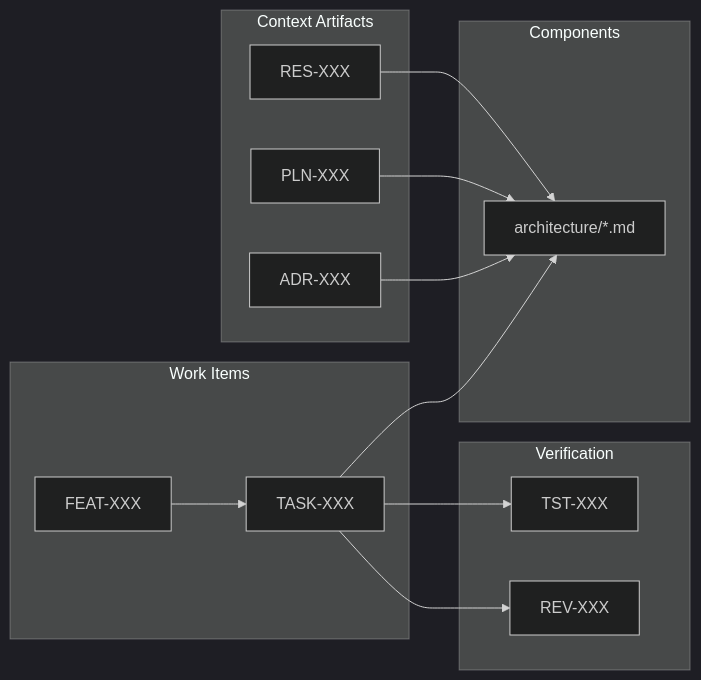
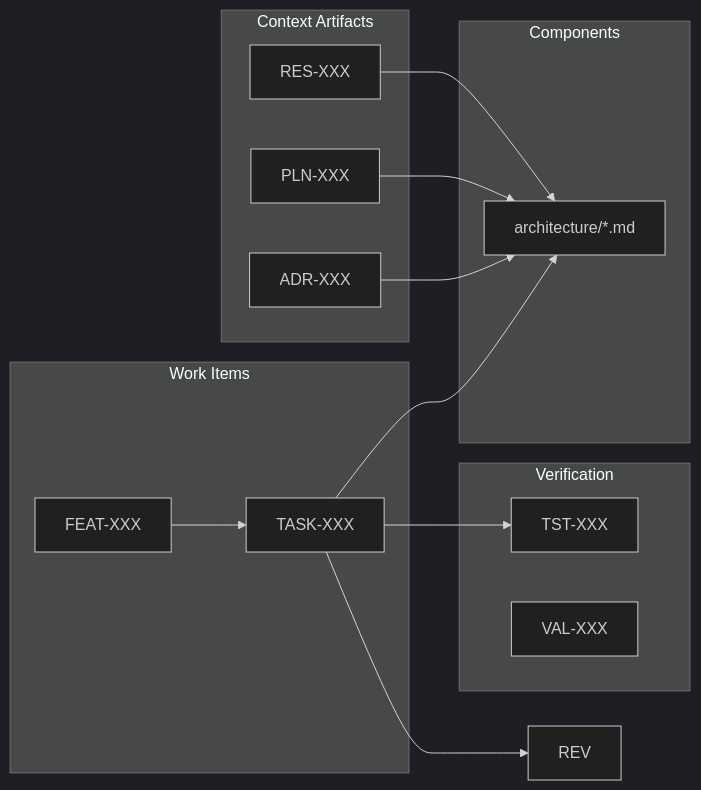
One commit to NunoMoura/dev_ops changed the first of 2 diagrams in README.md. Above: the diagram before and after it, drawn with Mermaid (dark theme). The commit also changed other lines of this file and 100 other files, not shown here.

````diff
--- a/README.md
+++ b/README.md
@@ -72,30 +72,30 @@
 ```mermaid
 graph LR
     subgraph "Work Items"
         TASK[TASK-XXX]
         FEAT[FEAT-XXX]
     end
 
     subgraph "Context Artifacts"
         RES[RES-XXX]
         PLN[PLN-XXX]
         ADR[ADR-XXX]
     end
 
     subgraph "Components"
         COMP[architecture/*.md]
     end
 
     subgraph "Verification"
         TST[TST-XXX]
-        REV[REV-XXX]
+        VAL[VAL-XXX]
     end
 
     RES --> COMP
     PLN --> COMP
     ADR --> COMP
     TASK --> COMP
     FEAT --> TASK
     TASK --> TST
     TASK --> REV
 ```
````
